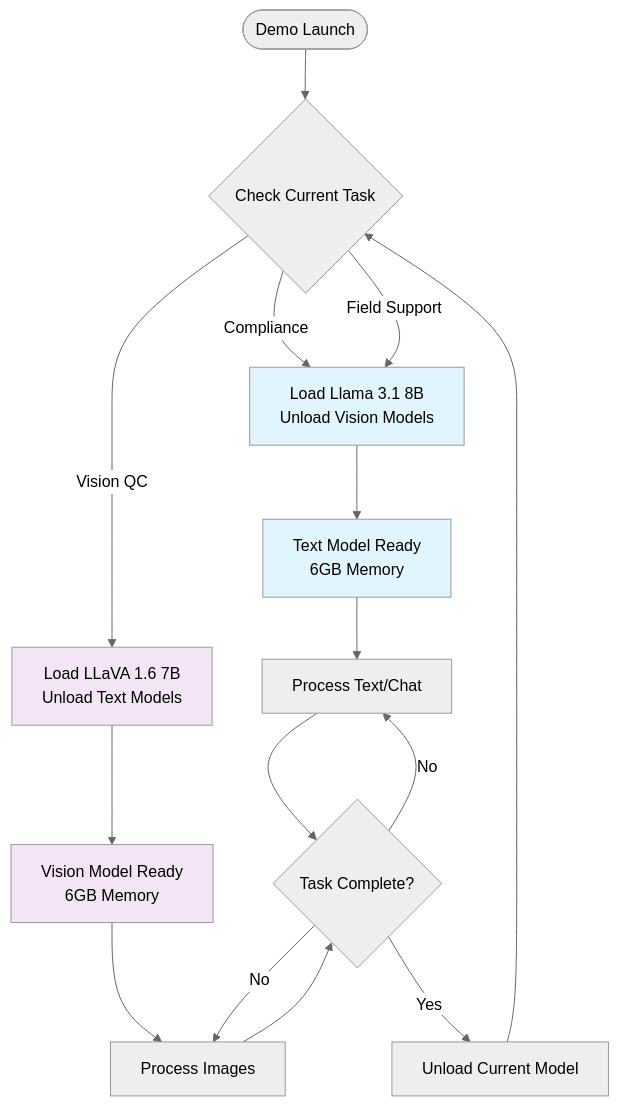
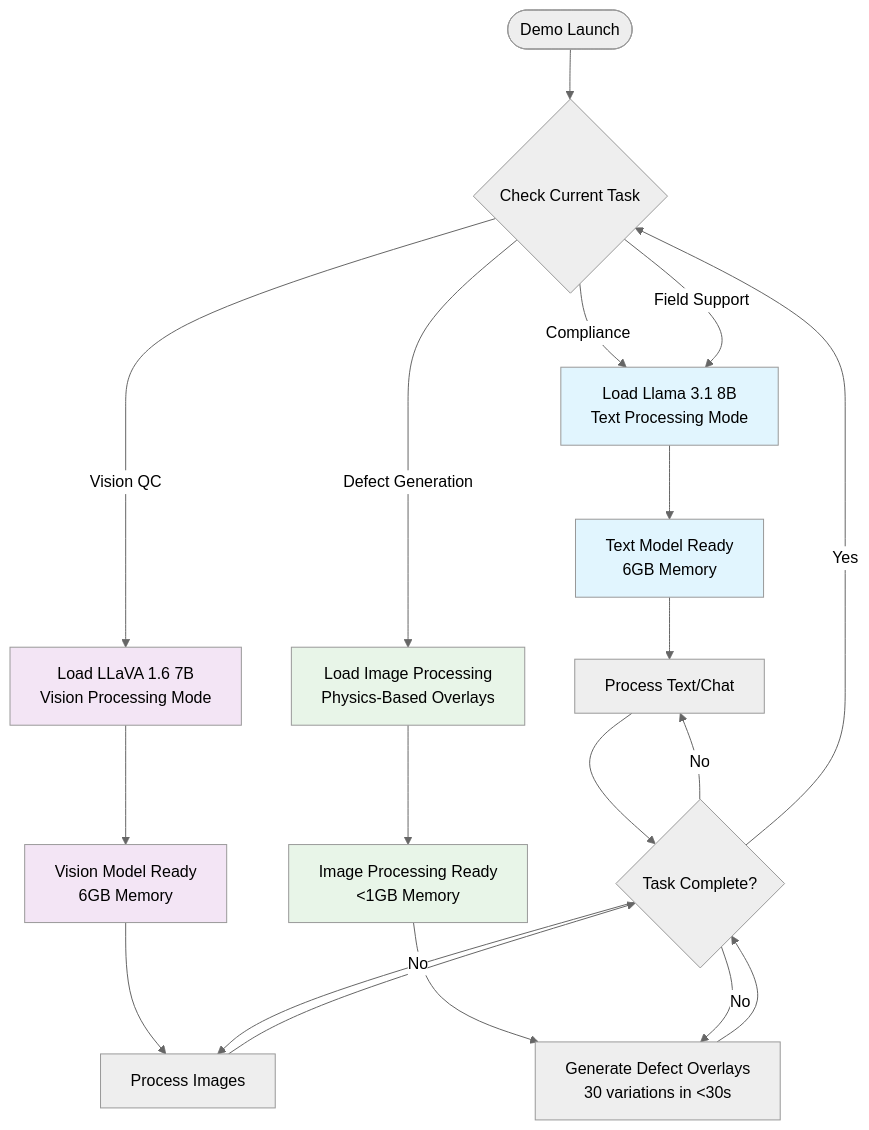
Before and after one commit to michaeloboyle/ai-demos: the sixth of 6 diagrams in docs/defense-ai-demo-specification.md, drawn with Mermaid (neutral theme). The commit also changed other lines of this file, not shown here.

First line of the commit message:
Update diagrams and risk assessment for physics-based approach

````diff
--- a/docs/defense-ai-demo-specification.md
+++ b/docs/defense-ai-demo-specification.md
@@ -1419,28 +1419,33 @@
 ```mermaid
 flowchart TD
     Start([Demo Launch]) --> Check{Check Current Task}
 
-    Check -->|Compliance| LoadText[Load Llama 3.1 8B<br/>Unload Vision Models]
-    Check -->|Vision QC| LoadVision[Load LLaVA 1.6 7B<br/>Unload Text Models]
+    Check -->|Compliance| LoadText[Load Llama 3.1 8B<br/>Text Processing Mode]
+    Check -->|Vision QC| LoadVision[Load LLaVA 1.6 7B<br/>Vision Processing Mode]
     Check -->|Field Support| LoadText
+    Check -->|Defect Generation| LoadDefect[Load Image Processing<br/>Physics-Based Overlays]
 
     LoadText --> TextReady[Text Model Ready<br/>6GB Memory]
     LoadVision --> VisionReady[Vision Model Ready<br/>6GB Memory]
+    LoadDefect --> DefectReady[Image Processing Ready<br/><1GB Memory]
 
     TextReady --> ProcessText[Process Text/Chat]
     VisionReady --> ProcessVision[Process Images]
+    DefectReady --> ProcessDefects[Generate Defect Overlays<br/>30 variations in <30s]
 
     ProcessText --> TaskComplete{Task Complete?}
     ProcessVision --> TaskComplete
+    ProcessDefects --> TaskComplete
 
     TaskComplete -->|No| ProcessText
     TaskComplete -->|No| ProcessVision
-    TaskComplete -->|Yes| Unload[Unload Current Model]
-
-    Unload --> Check
+    TaskComplete -->|No| ProcessDefects
+    TaskComplete -->|Yes| Check
 
     style LoadText fill:#e1f5fe
     style LoadVision fill:#f3e5f5
+    style LoadDefect fill:#e8f5e8
     style TextReady fill:#e1f5fe
     style VisionReady fill:#f3e5f5
+    style DefectReady fill:#e8f5e8
 ```
````
